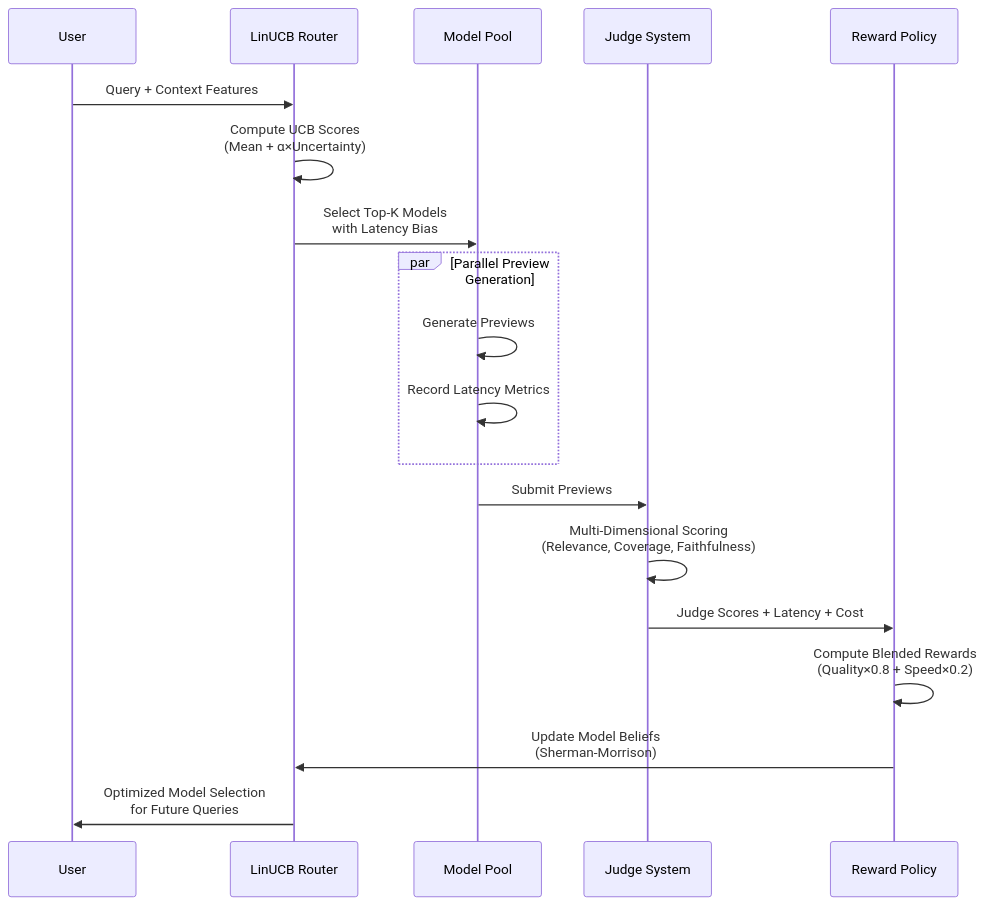
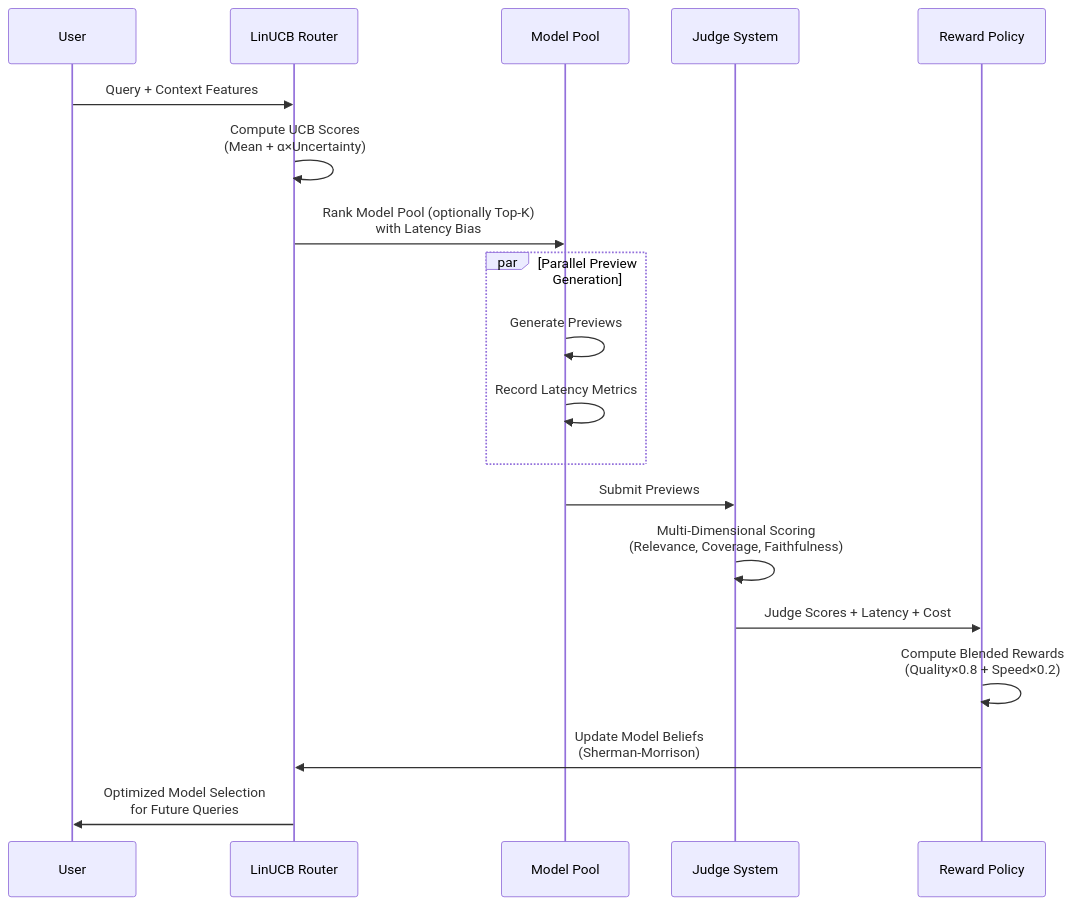
One commit to NumberChiffre/agentic-patterns changed the second of 3 diagrams in parallel_agents/README.md. Above: the diagram before and after it, drawn with Mermaid. The commit also changed other lines of this file and 4 other files, not shown here.

````diff
--- a/parallel_agents/README.md
+++ b/parallel_agents/README.md
@@ -52,25 +52,25 @@
 ```mermaid
 sequenceDiagram
     participant User
     participant Router as LinUCB Router
     participant Models as Model Pool
     participant Judge as Judge System
     participant Reward as Reward Policy
     
     User->>Router: Query + Context Features
     Router->>Router: Compute UCB Scores<br/>(Mean + α×Uncertainty)
-    Router->>Models: Select Top-K Models<br/>with Latency Bias
+    Router->>Models: Rank Model Pool (optionally Top-K)<br/>with Latency Bias
     
     par Parallel Preview Generation
         Models->>Models: Generate Previews
         Models->>Models: Record Latency Metrics
     end
     
     Models->>Judge: Submit Previews
     Judge->>Judge: Multi-Dimensional Scoring<br/>(Relevance, Coverage, Faithfulness)
     Judge->>Reward: Judge Scores + Latency + Cost
     Reward->>Reward: Compute Blended Rewards<br/>(Quality×0.8 + Speed×0.2)
     Reward->>Router: Update Model Beliefs<br/>(Sherman-Morrison)
     
     Router->>User: Optimized Model Selection<br/>for Future Queries
 ```
````
